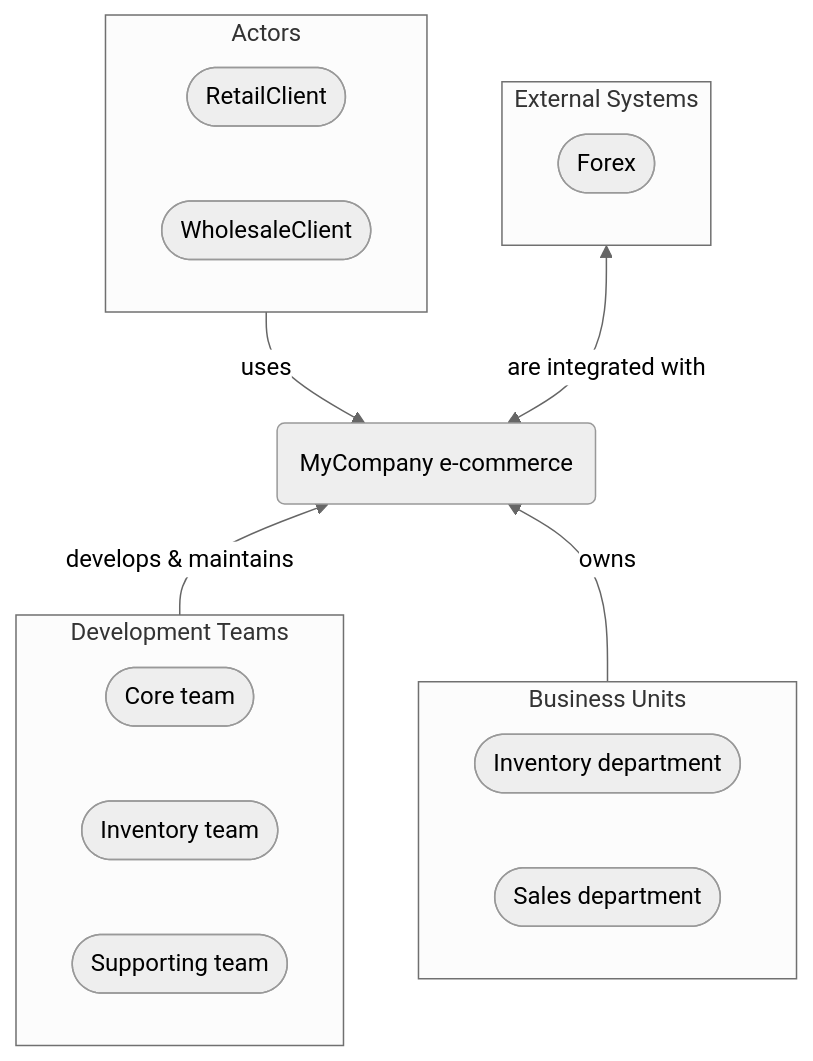
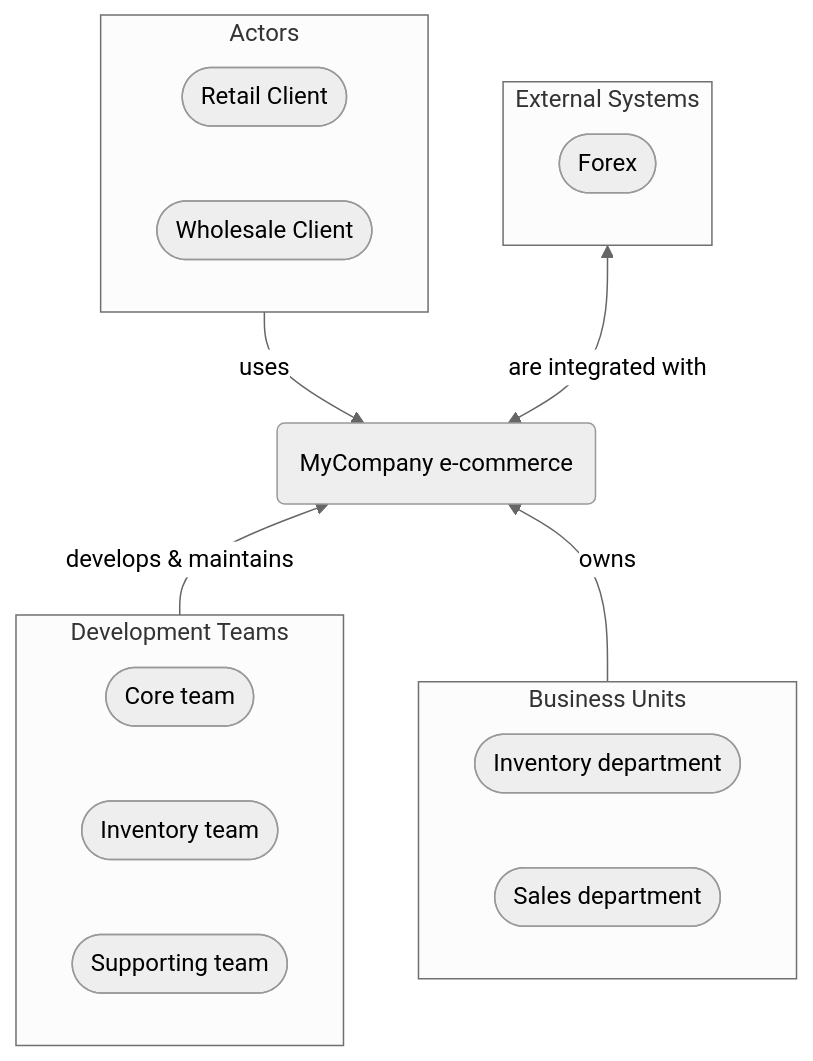
The diagram in Docs/P3/MermaidOutput/README.md (itlibrium/DDD-starter-dotnet), drawn with Mermaid (neutral theme) before and after one commit. The commit also changed 102 other files, not shown here.

````diff
--- a/Docs/P3/MermaidOutput/README.md
+++ b/Docs/P3/MermaidOutput/README.md
@@ -11,32 +11,32 @@
 ```mermaid
   flowchart TB
     0(MyCompany e-commerce)
     subgraph 1["Actors"]
-      2([RetailClient])
-      3([WholesaleClient])
+      2([Retail Client])
+      3([Wholesale Client])
     end
     1-->|uses|0
     subgraph 4["External Systems"]
       5([Forex])
     end
     4<-->|are integrated with|0
     subgraph 6["Development Teams"]
       7([Core team])
       8([Inventory team])
       9([Supporting team])
     end
     0---6
     6-->|develops & maintains|0
     6---0
     subgraph 10["Business Units"]
       11([Inventory department])
       12([Sales department])
     end
     0---10
     10-->|owns|0
     10---0
     linkStyle 2,4,5,7 stroke:none
     classDef DomainPerspective stroke:#009900
     classDef TechnologyPerspective stroke:#1F41EB
     classDef PeoplePerspective stroke:#FFF014
 ```
````
